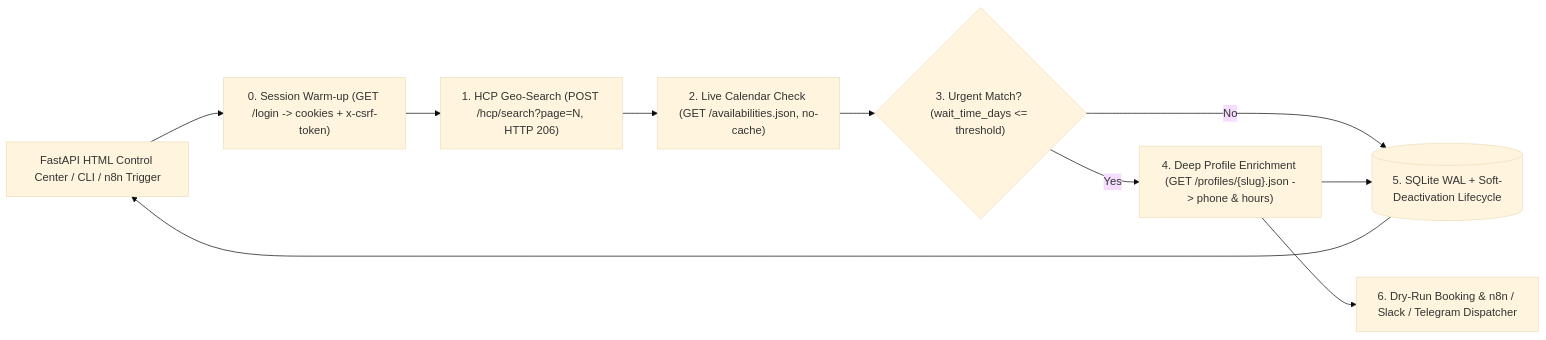
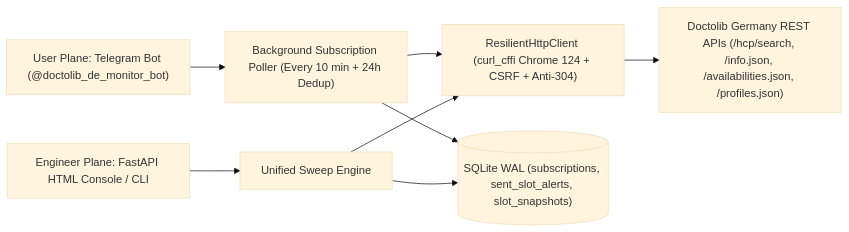
The diagram in README.md (Doginnet/doctolib-monitor), drawn with Mermaid (base theme) before and after one commit. The commit also changed other lines of this file and 20 other files, not shown here.

Commit message:
feat(bot): add live Telegram subscription bot, 10m deduplicated poller & mock test suite

````diff
--- a/README.md
+++ b/README.md
@@ -58,12 +21,10 @@
 ```mermaid
 flowchart LR
-    UI["FastAPI HTML Control Center / CLI / n8n Trigger"] --> Warm["0. Session Warm-up (GET /login -> cookies + x-csrf-token)"]
-    Warm --> Search["1. HCP Geo-Search (POST /hcp/search?page=N, HTTP 206)"]
-    Search --> Slots["2. Live Calendar Check (GET /availabilities.json, no-cache)"]
-    Slots --> Sniper{"3. Urgent Match? (wait_time_days <= threshold)"}
-    Sniper -- "Yes" --> Enrich["4. Deep Profile Enrichment (GET /profiles/{slug}.json -> phone & hours)"]
-    Sniper -- "No" --> DB[("5. SQLite WAL + Soft-Deactivation Lifecycle")]
-    Enrich --> DB
-    Enrich --> Hook["6. Dry-Run Booking & n8n / Slack / Telegram Dispatcher"]
-    DB --> UI
+    TG["User Plane: Telegram Bot (@doctolib_de_monitor_bot)"] --> Poller["Background Subscription Poller (Every 10 min + 24h Dedup)"]
+    Web["Engineer Plane: FastAPI HTML Console / CLI"] --> Runner["Unified Sweep Engine"]
+    Poller --> Core["ResilientHttpClient (curl_cffi Chrome 124 + CSRF + Anti-304)"]
+    Runner --> Core
+    Core --> API["Doctolib Germany REST APIs (/hcp/search, /info.json, /availabilities.json, /profiles.json)"]
+    Poller --> DB[("SQLite WAL (subscriptions, sent_slot_alerts, slot_snapshots)")]
+    Runner --> DB
 ```
````
